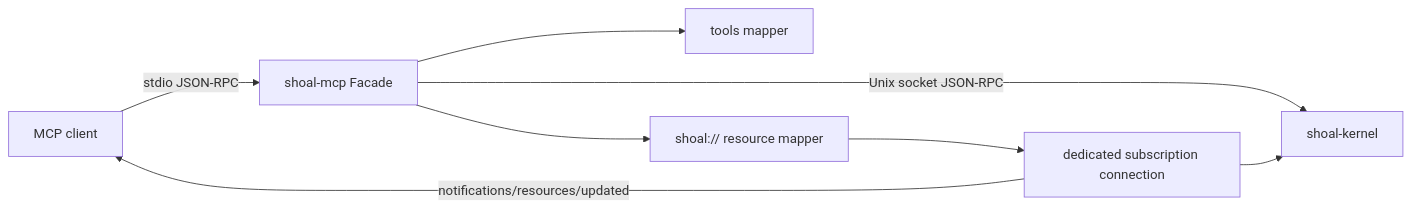
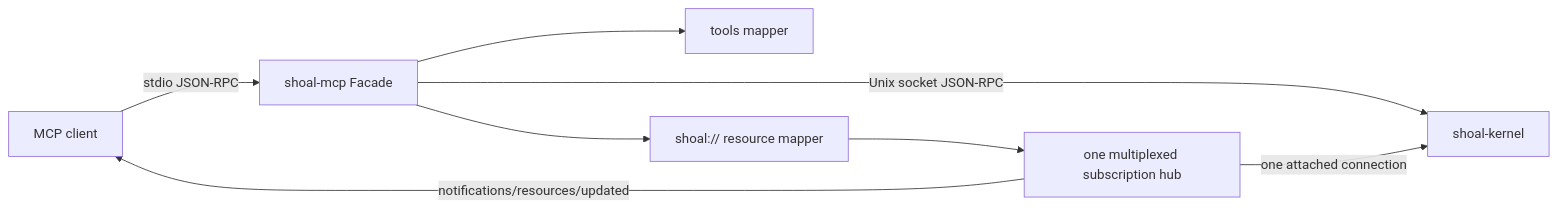
One commit to alliecatowo/shoal changed the first of 3 diagrams in site/content/internals/agent-mcp.md. Above: the diagram before and after it, drawn with Mermaid. The commit also changed other lines of this file and 15 other files, not shown here.

````diff
--- a/site/content/internals/agent-mcp.md
+++ b/site/content/internals/agent-mcp.md
@@ -21,12 +21,12 @@
 ```mermaid
 flowchart LR
 accTitle: Bridge topology
 accDescr: Shows the components and relationships described in Bridge topology.
   Agent["MCP client"] -->|"stdio JSON-RPC"| Facade["shoal-mcp Facade"]
   Facade -->|"Unix socket JSON-RPC"| Kernel["shoal-kernel"]
   Facade --> Tools["tools mapper"]
   Facade --> Resources["shoal:// resource mapper"]
-  Resources --> SubConn["dedicated subscription connection"]
-  SubConn --> Kernel
-  SubConn -->|"notifications/resources/updated"| Agent
+  Resources --> SubHub["one multiplexed subscription hub"]
+  SubHub -->|"one attached connection"| Kernel
+  SubHub -->|"notifications/resources/updated"| Agent
 ```
````
